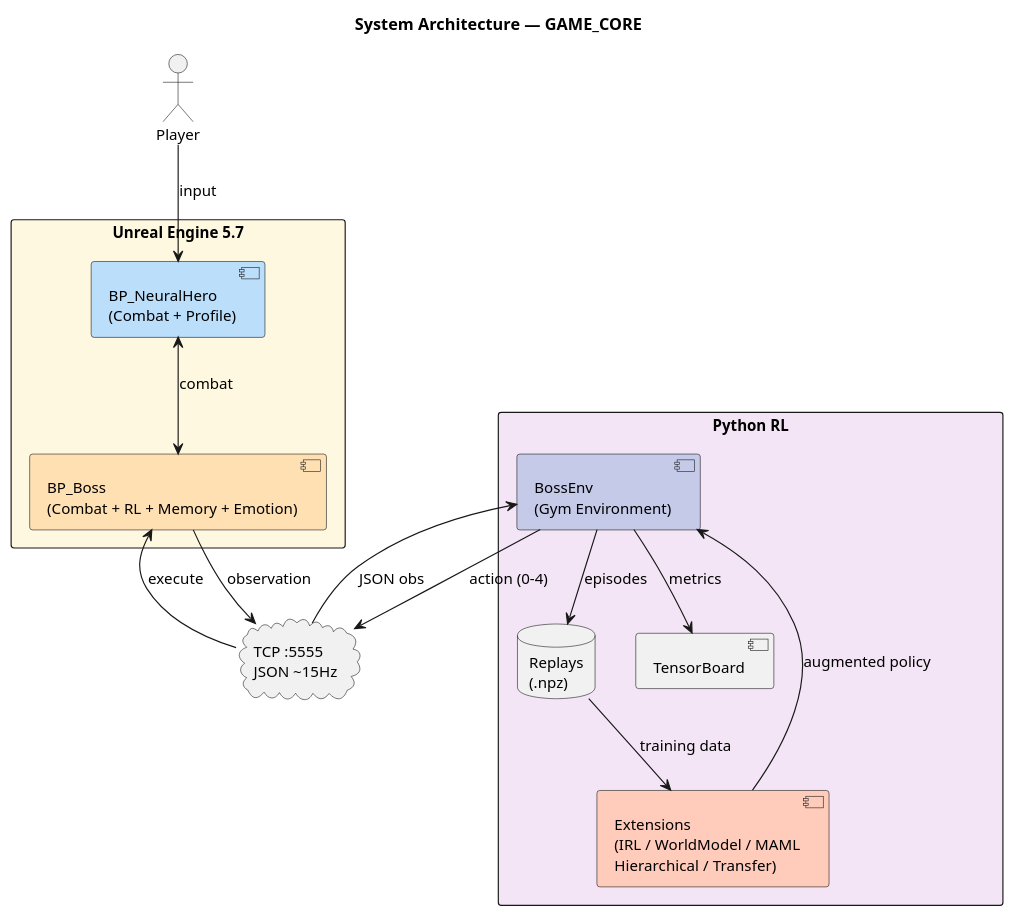
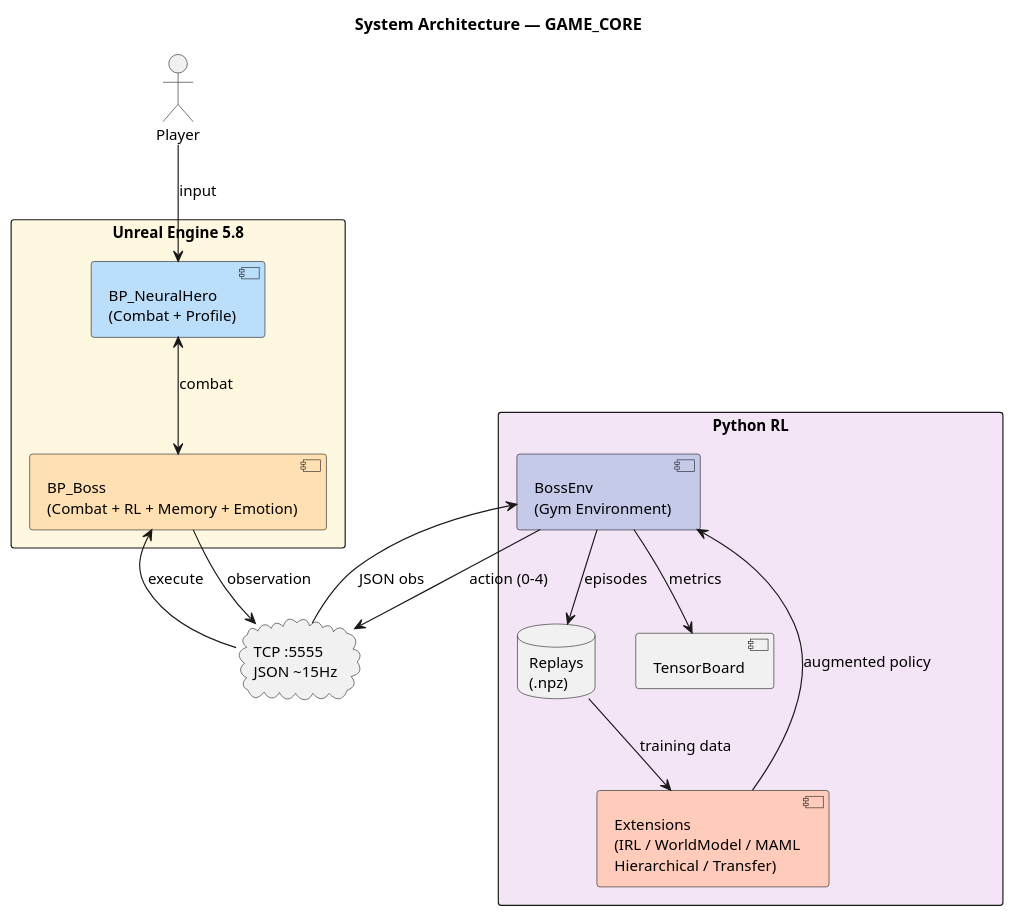
The diagram in Docs/simple_system_architecture.puml (Assassin29092005/GAME_CORE), drawn with PlantUML before and after one commit. The commit also changed 13 other files, not shown here.

```diff
--- a/Docs/simple_system_architecture.puml
+++ b/Docs/simple_system_architecture.puml
@@ -1,36 +1,36 @@
 @startuml Simple_System_Architecture
 skinparam defaultFontSize 13
 skinparam shadowing false
 skinparam packageStyle rectangle
 skinparam backgroundColor #FFFFFF
 
 title System Architecture — GAME_CORE
 
 actor "Player" as P
 
-package "Unreal Engine 5.7" #FFF8E1 {
+package "Unreal Engine 5.8" #FFF8E1 {
   [BP_NeuralHero\n(Combat + Profile)] as Hero #BBDEFB
   [BP_Boss\n(Combat + RL + Memory + Emotion)] as Boss #FFE0B2
   Hero <--> Boss : combat
 }
 
 cloud "TCP :5555\nJSON ~15Hz" as TCP
 
 package "Python RL" #F3E5F5 {
   [BossEnv\n(Gym Environment)] as Env #C5CAE9
   [Extensions\n(IRL / WorldModel / MAML\nHierarchical / Transfer)] as Ext #FFCCBC
   database "Replays\n(.npz)" as Rep
   [TensorBoard] as TB
 }
 
 P --> Hero : input
 Boss --> TCP : observation
 TCP --> Env : JSON obs
 Env --> TCP : action (0-4)
 TCP --> Boss : execute
 Env --> Rep : episodes
 Rep --> Ext : training data
 Ext --> Env : augmented policy
 Env --> TB : metrics
 
 @enduml
```
